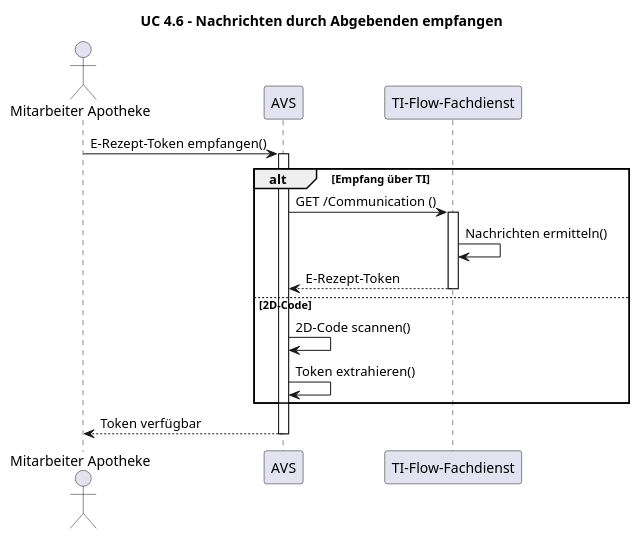
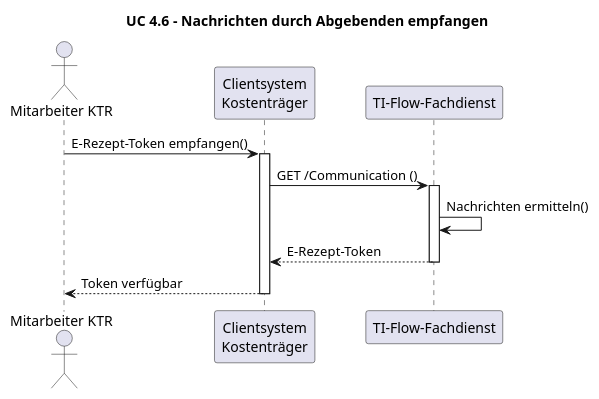
One commit to gematik/fhir-igs-workflow changed the diagram in igs/diga/input/images-source/seq-uc-4-6-nachrichten-durch-abgebenden-empfangen.plantuml. Above: the diagram before and after it, drawn with PlantUML. The commit also changed 64 other files, not shown here.

```diff
--- a/igs/diga/input/images-source/seq-uc-4-6-nachrichten-durch-abgebenden-empfangen.plantuml
+++ b/igs/diga/input/images-source/seq-uc-4-6-nachrichten-durch-abgebenden-empfangen.plantuml
@@ -1,25 +1,21 @@
 @startuml
 title UC 4.6 - Nachrichten durch Abgebenden empfangen
 
-actor "Mitarbeiter Apotheke" as MA
-participant "AVS" as AVS
+actor "Mitarbeiter KTR" as MA
+participant "Clientsystem\nKostenträger" as KTR
 participant "TI-Flow-Fachdienst" as FD
 
-MA -> AVS: E-Rezept-Token empfangen()
-activate AVS
+MA -> KTR: E-Rezept-Token empfangen()
+activate KTR
 
-alt Empfang über TI
-  AVS -> FD: GET /Communication ()
-  activate FD
-  FD -> FD: Nachrichten ermitteln()
-  FD --> AVS: E-Rezept-Token
-  deactivate FD
-else 2D-Code
-  AVS -> AVS: 2D-Code scannen()
-  AVS -> AVS: Token extrahieren()
-end
+KTR -> FD: GET /Communication ()
+activate FD
+FD -> FD: Nachrichten ermitteln()
+FD --> KTR: E-Rezept-Token
+deactivate FD
 
-AVS --> MA: Token verfügbar
-deactivate AVS
+
+KTR --> MA: Token verfügbar
+deactivate KTR
 
 @enduml
```
